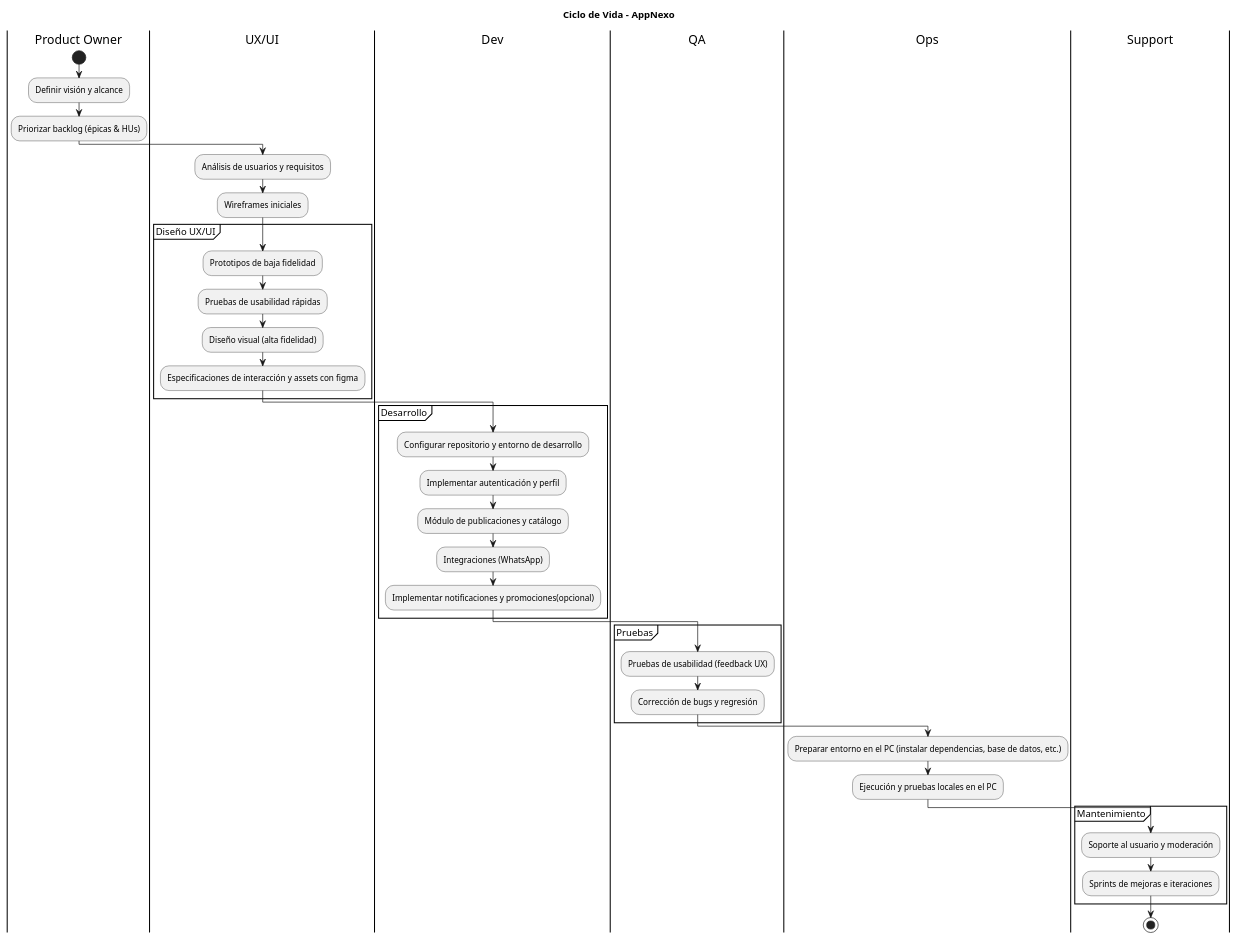
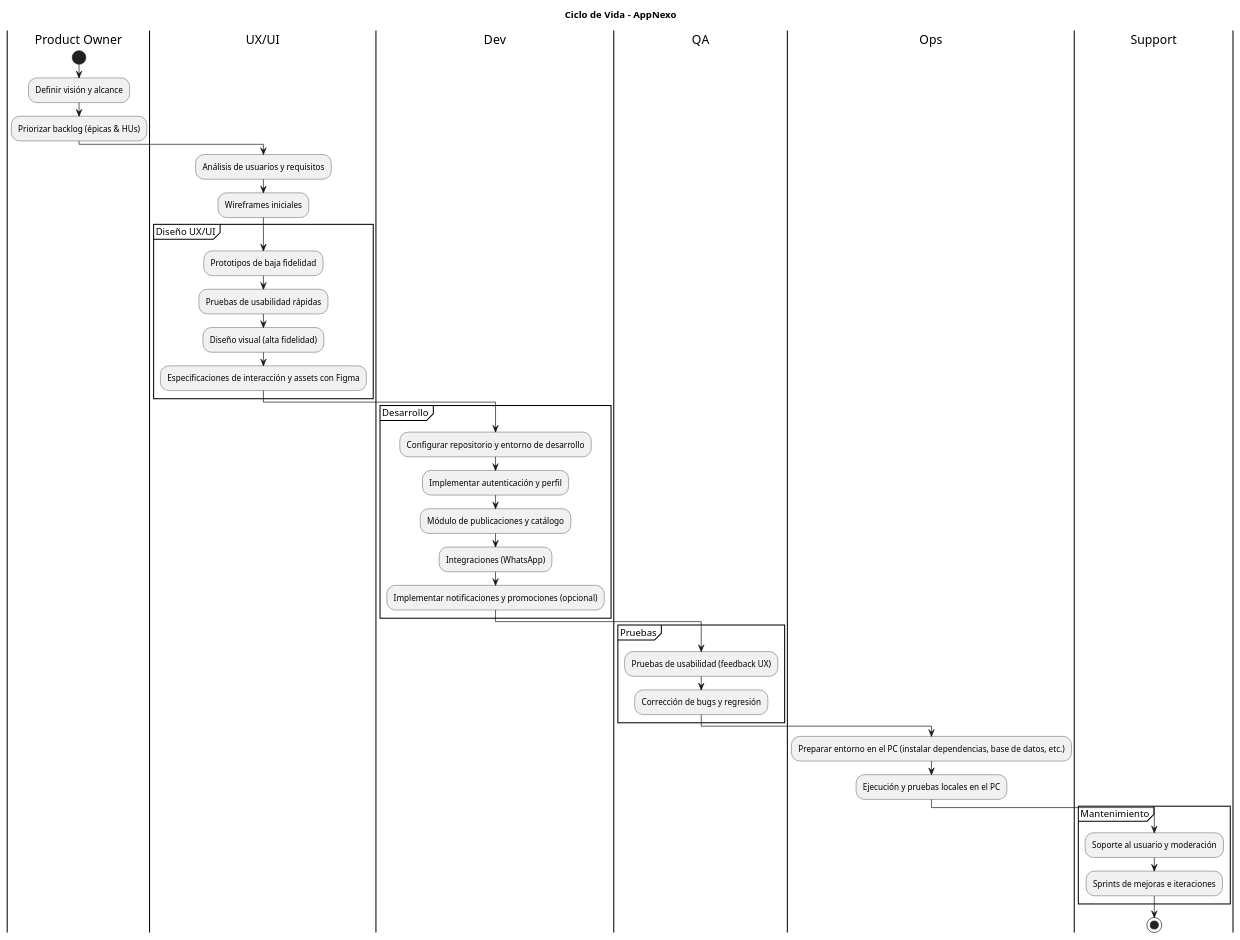
One commit to code-corhuila/programacion-movil-2025-b-g1 changed the diagram in 04-week/02-optional-activity/Activity_Optional01.Md. Above: the diagram before and after it, drawn with PlantUML. The commit also changed other lines of this file, not shown here.

```diff
--- a/04-week/02-optional-activity/Activity_Optional01.Md
+++ b/04-week/02-optional-activity/Activity_Optional01.Md
@@ -20,40 +20,40 @@
 @startuml
 title Ciclo de Vida - AppNexo
 |Product Owner|
 start
 :Definir visión y alcance;
 :Priorizar backlog (épicas & HUs);
 |UX/UI|
 :Análisis de usuarios y requisitos;
 :Wireframes iniciales;
 |UX/UI|
 partition "Diseño UX/UI" {
   :Prototipos de baja fidelidad;
   :Pruebas de usabilidad rápidas;
   :Diseño visual (alta fidelidad);
-  :Especificaciones de interacción y assets con figma;
+  :Especificaciones de interacción y assets con Figma;
 }
 |Dev|
 partition "Desarrollo" {
   :Configurar repositorio y entorno de desarrollo;
   :Implementar autenticación y perfil;
   :Módulo de publicaciones y catálogo;
   :Integraciones (WhatsApp);
-  :Implementar notificaciones y promociones(opcional);
+  :Implementar notificaciones y promociones (opcional);
 }
 |QA|
 partition "Pruebas" {
   :Pruebas de usabilidad (feedback UX);
   :Corrección de bugs y regresión;
 }
 |Ops|
 :Preparar entorno en el PC (instalar dependencias, base de datos, etc.);
 :Ejecución y pruebas locales en el PC;
 
 |Support|
 partition "Mantenimiento" {
   :Soporte al usuario y moderación;
   :Sprints de mejoras e iteraciones;
 }
 stop
 @enduml
```
